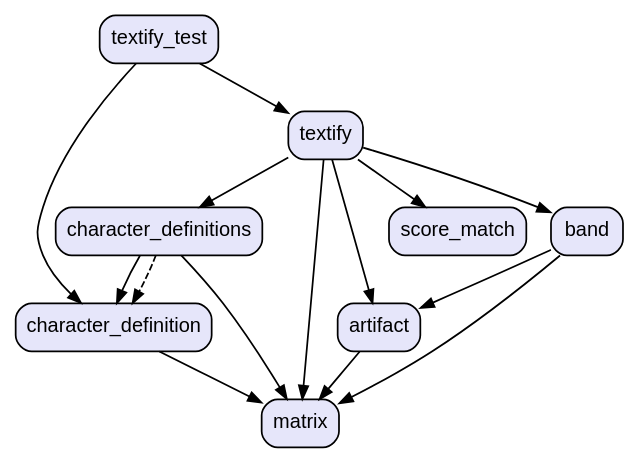
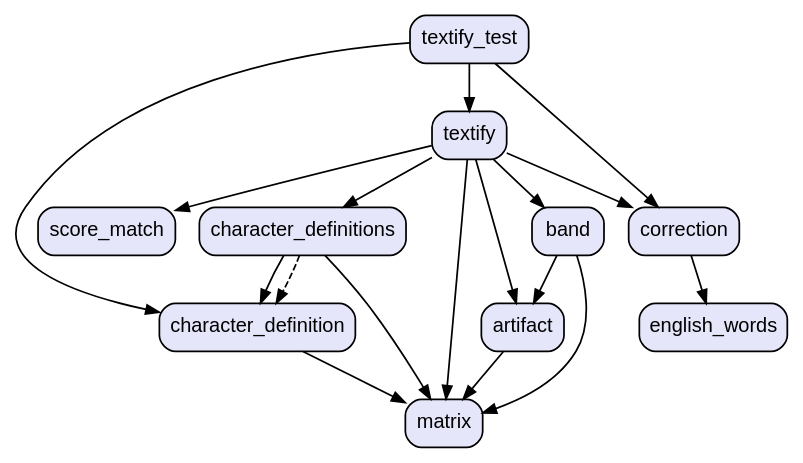
One commit to vteam-com/textify changed the diagram in graph.dot. Above: the diagram before and after it, drawn with Graphviz. The commit also changed 11 other files, not shown here.

```diff
--- a/graph.dot
+++ b/graph.dot
@@ -1,27 +1,32 @@
 digraph "" {
   graph [style=rounded fontname="Arial Black" fontsize=13 penwidth=2.6];
   node [shape=rect style="filled,rounded" fontname=Arial fontsize=15 fillcolor=Lavender penwidth=1.3];
   edge [penwidth=1.3];
   "/test/textify_test.dart" [label="textify_test"];
   "/lib/band.dart" [label="band"];
   "/lib/artifact.dart" [label="artifact"];
   "/lib/score_match.dart" [label="score_match"];
   "/lib/character_definition.dart" [label="character_definition"];
   "/lib/textify.dart" [label="textify"];
   "/lib/matrix.dart" [label="matrix"];
   "/lib/character_definitions.dart" [label="character_definitions"];
+  "/lib/correction.dart" [label="correction"];
+  "/lib/english_words.dart" [label="english_words"];
   "/test/textify_test.dart" -> "/lib/character_definition.dart";
+  "/test/textify_test.dart" -> "/lib/correction.dart";
   "/test/textify_test.dart" -> "/lib/textify.dart";
   "/lib/band.dart" -> "/lib/artifact.dart";
   "/lib/band.dart" -> "/lib/matrix.dart";
   "/lib/artifact.dart" -> "/lib/matrix.dart";
   "/lib/character_definition.dart" -> "/lib/matrix.dart";
   "/lib/textify.dart" -> "/lib/artifact.dart";
   "/lib/textify.dart" -> "/lib/band.dart";
   "/lib/textify.dart" -> "/lib/character_definitions.dart";
+  "/lib/textify.dart" -> "/lib/correction.dart";
   "/lib/textify.dart" -> "/lib/matrix.dart";
   "/lib/textify.dart" -> "/lib/score_match.dart";
   "/lib/character_definitions.dart" -> "/lib/character_definition.dart";
   "/lib/character_definitions.dart" -> "/lib/matrix.dart";
   "/lib/character_definitions.dart" -> "/lib/character_definition.dart" [style=dashed];
+  "/lib/correction.dart" -> "/lib/english_words.dart";
 }
```
